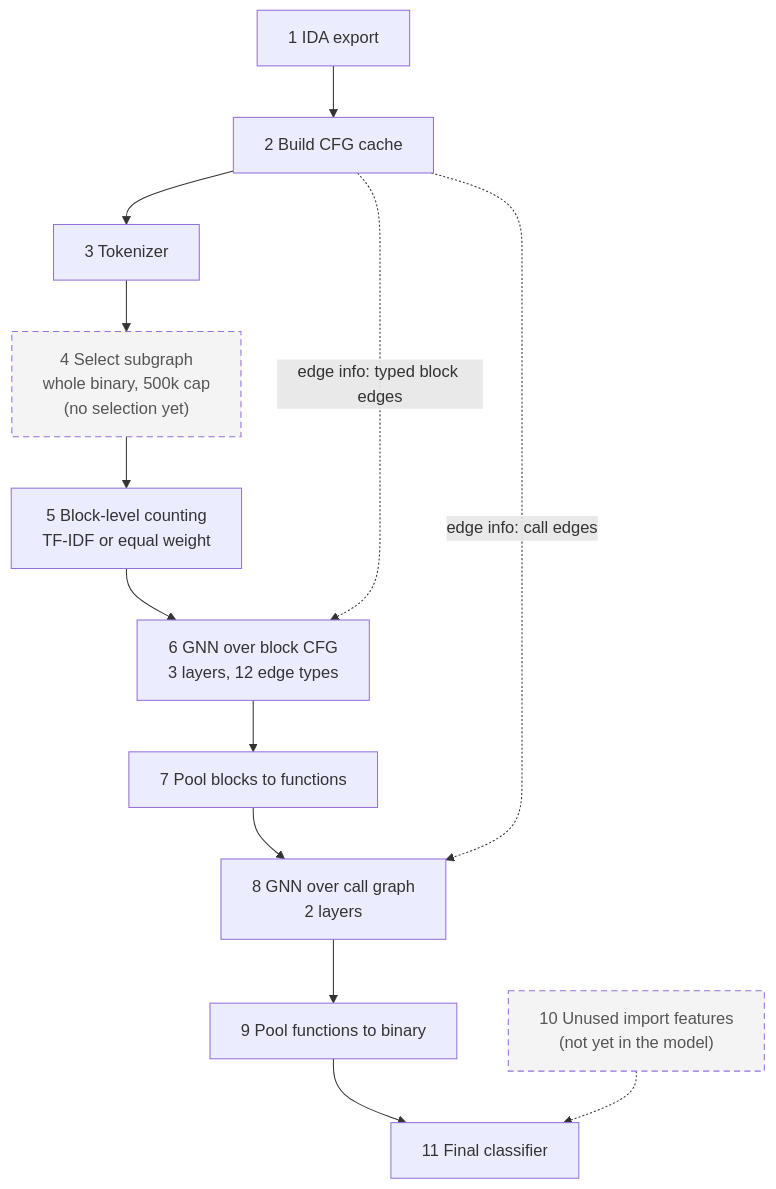
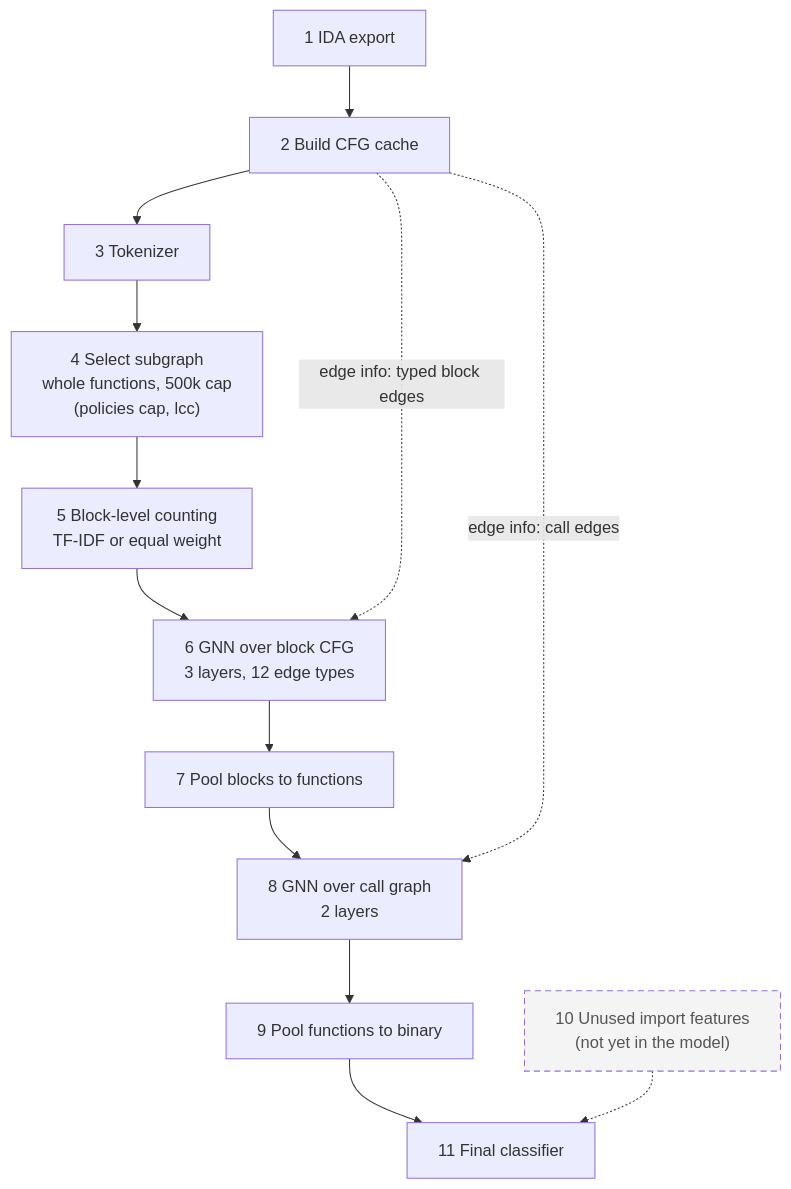
The diagram in CT_GAT/block_level_counting/README.md (doroluo/ransomware-detection-masters-project), drawn with Mermaid before and after one commit. The commit also changed other lines of this file and 19 other files, not shown here.

````diff
--- a/CT_GAT/block_level_counting/README.md
+++ b/CT_GAT/block_level_counting/README.md
@@ -13,17 +14,17 @@
 ```mermaid
 flowchart TD
     S1["1 IDA export"] --> S2["2 Build CFG cache"]
     S2 --> S3["3 Tokenizer"]
-    S3 --> S4["4 Select subgraph<br/>whole binary, 500k cap<br/>(no selection yet)"]
+    S3 --> S4["4 Select subgraph<br/>whole functions, 500k cap<br/>(policies cap, lcc)"]
     S4 --> S5["5 Block-level counting<br/>TF-IDF or equal weight"]
     S5 --> S6["6 GNN over block CFG<br/>3 layers, 12 edge types"]
     S6 --> S7["7 Pool blocks to functions"]
     S7 --> S8["8 GNN over call graph<br/>2 layers"]
     S8 --> S9["9 Pool functions to binary"]
     S9 --> S11["11 Final classifier"]
     S10["10 Unused import features<br/>(not yet in the model)"] -.-> S11
     S2 -. "edge info: typed block edges" .-> S6
     S2 -. "edge info: call edges" .-> S8
     classDef notyet stroke-dasharray: 6 4,fill:#f4f4f4,color:#555
-    class S4,S10 notyet
+    class S10 notyet
 ```
````
